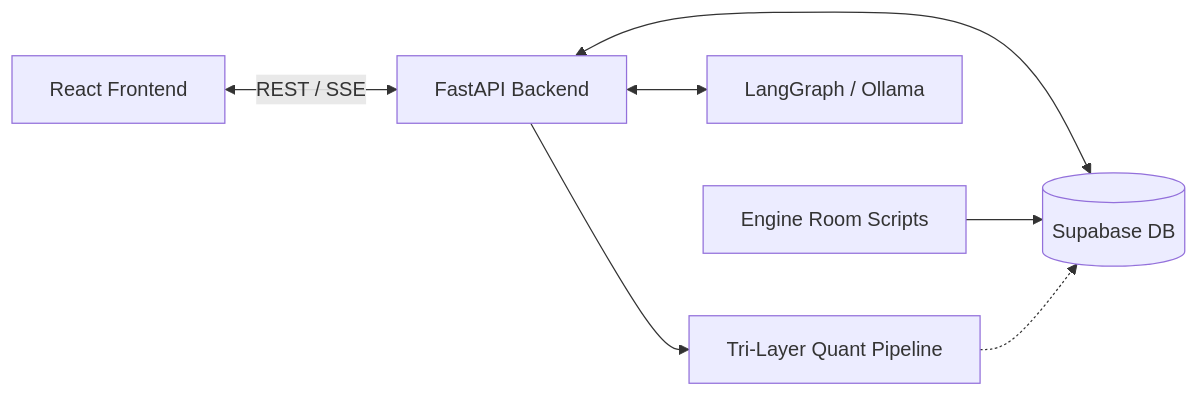
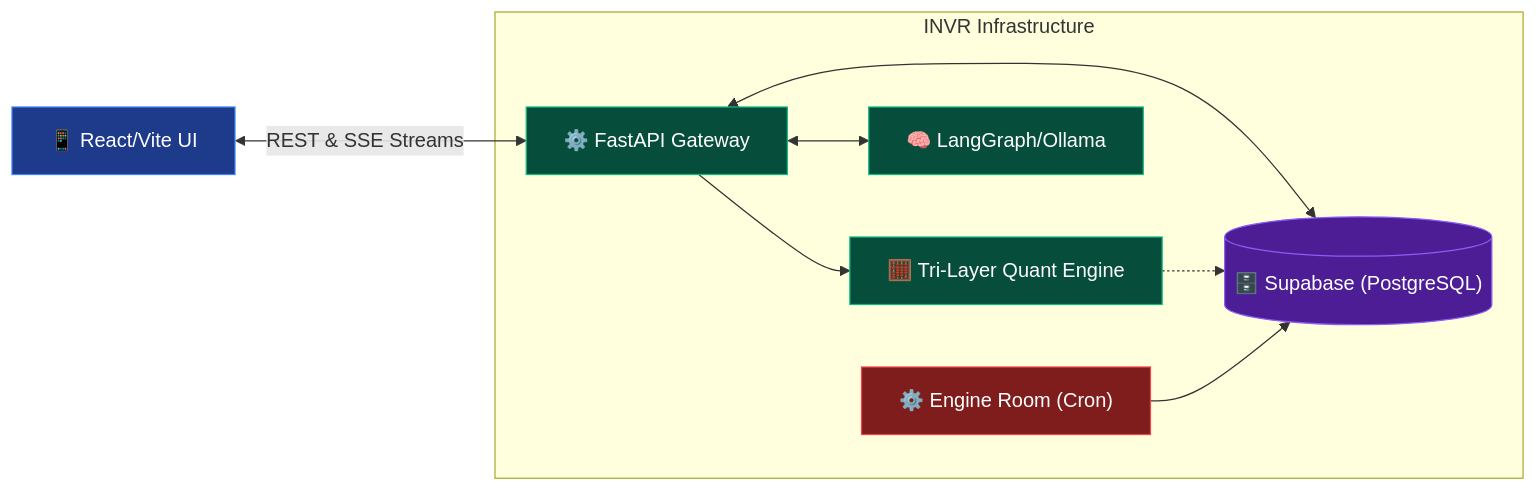
Before and after one commit to gh0gale/INVR: the third of 4 diagrams in README.md, drawn with Mermaid. The commit also changed other lines of this file, not shown here.

First line of the commit message:
Revise architecture diagrams and UI descriptions

````diff
--- a/README.md
+++ b/README.md
@@ -52,9 +90,25 @@
 ```mermaid
 flowchart LR
-    Client["React Frontend"] <-->|REST / SSE| API["FastAPI Backend"]
-    API --> Quant["Tri-Layer Quant Pipeline"]
-    API <--> LLM["LangGraph / Ollama"]
-    API <--> DB[("Supabase DB")]
-    Engine["Engine Room Scripts"] --> DB
-    Quant -.-> DB
+    classDef frontend fill:#1e3a8a,stroke:#3b82f6,color:#fff;
+    classDef backend fill:#064e3b,stroke:#10b981,color:#fff;
+    classDef db fill:#4c1d95,stroke:#8b5cf6,color:#fff;
+    classDef engine fill:#7f1d1d,stroke:#ef4444,color:#fff;
+    
+    Client["📱 React/Vite UI"]:::frontend
+    
+    subgraph Cloud["INVR Infrastructure"]
+        API["⚙️ FastAPI Gateway"]:::backend
+        Quant["🧮 Tri-Layer Quant Engine"]:::backend
+        LLM["🧠 LangGraph/Ollama"]:::backend
+        DB[("🗄️ Supabase (PostgreSQL)")]:::db
+        Engine["⚙️ Engine Room (Cron)"]:::engine
+        
+        API --> Quant
+        API <--> LLM
+        API <--> DB
+        Quant -.-> DB
+        Engine --> DB
+    end
+    
+    Client <-->|REST & SSE Streams| API
 ```
````
